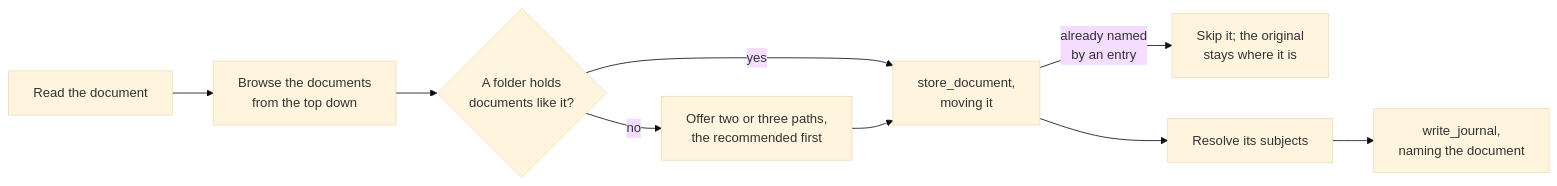
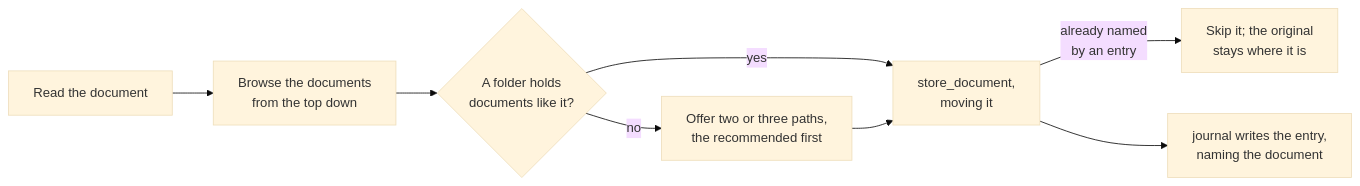
One commit to Velrea/AI.Brain changed the diagram in docs/skills.md. Above: the diagram before and after it, drawn with Mermaid (base theme). The commit also changed other lines of this file and 2 other files, not shown here.

First line of the commit message:
Have intake hand its entry to the journal skill

````diff
--- a/docs/skills.md
+++ b/docs/skills.md
@@ -38,11 +38,10 @@
 ```mermaid
 flowchart LR
     read["Read the document"] --> browse["Browse the documents<br/>from the top down"]
     browse --> fits{"A folder holds<br/>documents like it?"}
     fits -- yes --> file["store_document,<br/>moving it"]
     fits -- no --> ask["Offer two or three paths,<br/>the recommended first"]
     ask --> file
     file -- "already named<br/>by an entry" --> skip["Skip it; the original<br/>stays where it is"]
-    file --> resolve["Resolve its subjects"]
-    resolve --> write["write_journal,<br/>naming the document"]
+    file --> write["journal writes the entry,<br/>naming the document"]
 ```
````
